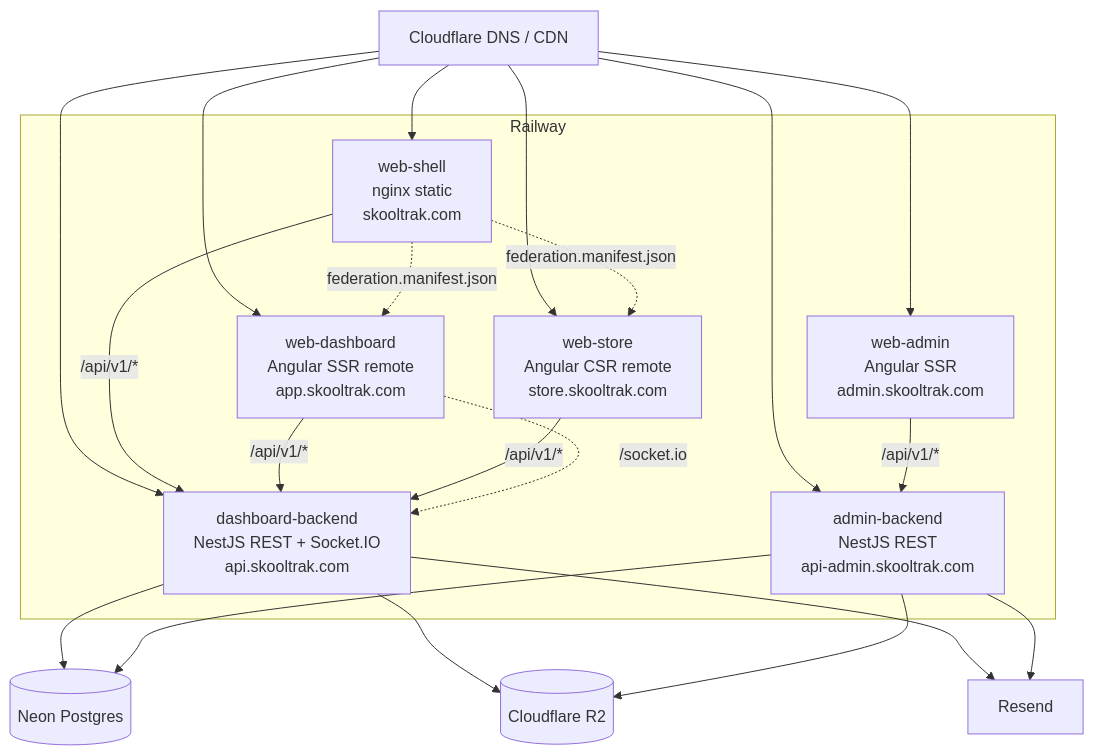
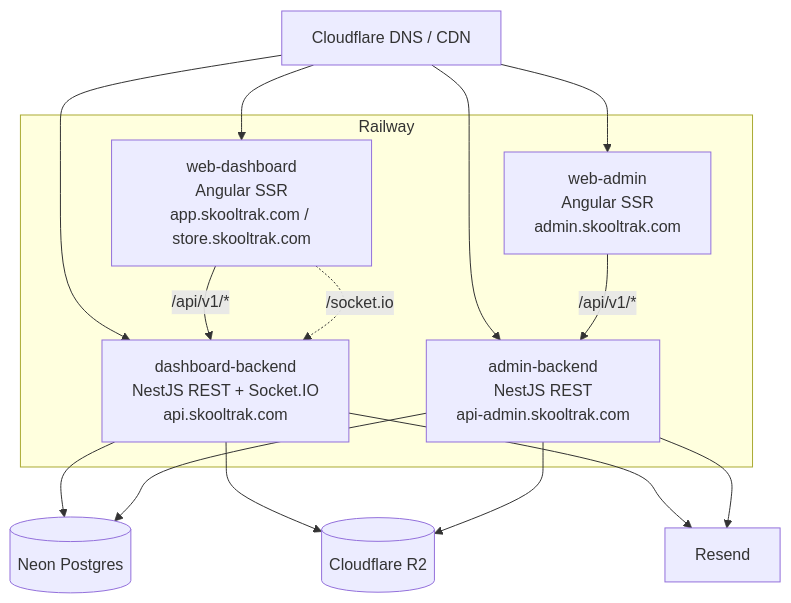
One commit to JoelNieto/skooltrak changed the diagram in docs/DEPLOYMENT.md. Above: the diagram before and after it, drawn with Mermaid. The commit also changed other lines of this file and 86 other files, not shown here.

Commit message:
chore: refactor web-dashboard to remove Native Federation setup; update Dockerfile, project configuration, and routing for standalone Angular SSR application

````diff
--- a/docs/DEPLOYMENT.md
+++ b/docs/DEPLOYMENT.md
@@ -33,34 +31,26 @@
 ```mermaid
 flowchart TB
     cf["Cloudflare DNS / CDN"]
     subgraph Railway
-      shell["web-shell<br/>nginx static<br/>skooltrak.com"]
-      dash["web-dashboard<br/>Angular SSR remote<br/>app.skooltrak.com"]
-      store["web-store<br/>Angular CSR remote<br/>store.skooltrak.com"]
+      dash["web-dashboard<br/>Angular SSR<br/>app.skooltrak.com / store.skooltrak.com"]
       admin["web-admin<br/>Angular SSR<br/>admin.skooltrak.com"]
       api["dashboard-backend<br/>NestJS REST + Socket.IO<br/>api.skooltrak.com"]
       apiAdmin["admin-backend<br/>NestJS REST<br/>api-admin.skooltrak.com"]
     end
     neon[("Neon Postgres")]
     r2[("Cloudflare R2")]
     resend["Resend"]
-    cf --> shell
     cf --> dash
-    cf --> store
     cf --> admin
     cf --> api
     cf --> apiAdmin
-    shell -.->|"federation.manifest.json"| dash
-    shell -.->|"federation.manifest.json"| store
-    shell -->|"/api/v1/*"| api
+    dash -->|"/api/v1/*"| api
     admin -->|"/api/v1/*"| apiAdmin
-    dash -->|"/api/v1/*"| api
-    store -->|"/api/v1/*"| api
     dash -.->|"/socket.io"| api
     api --> neon
     apiAdmin --> neon
     api --> r2
     apiAdmin --> r2
     api --> resend
     apiAdmin --> resend
 ```
````
